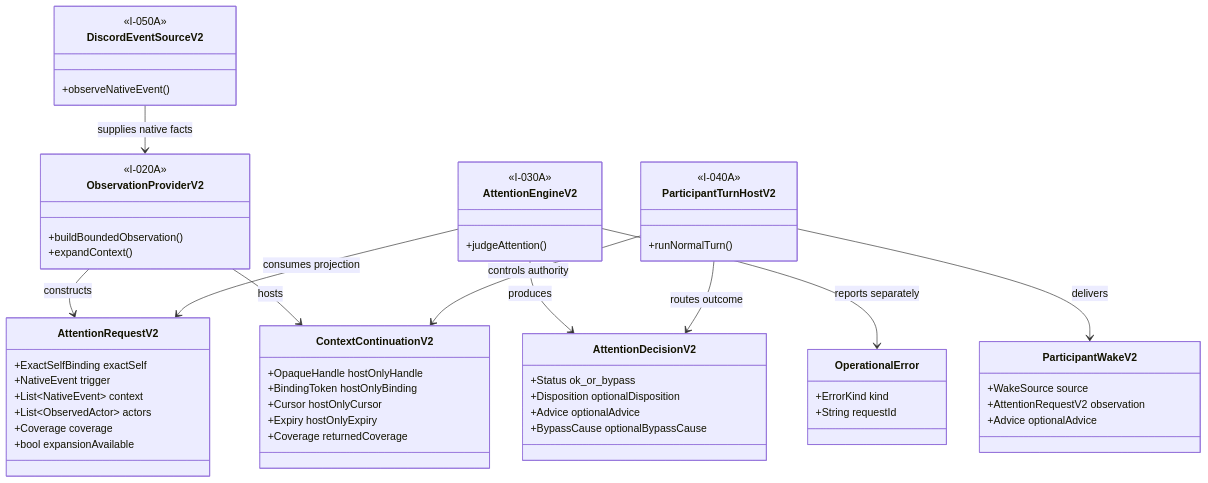
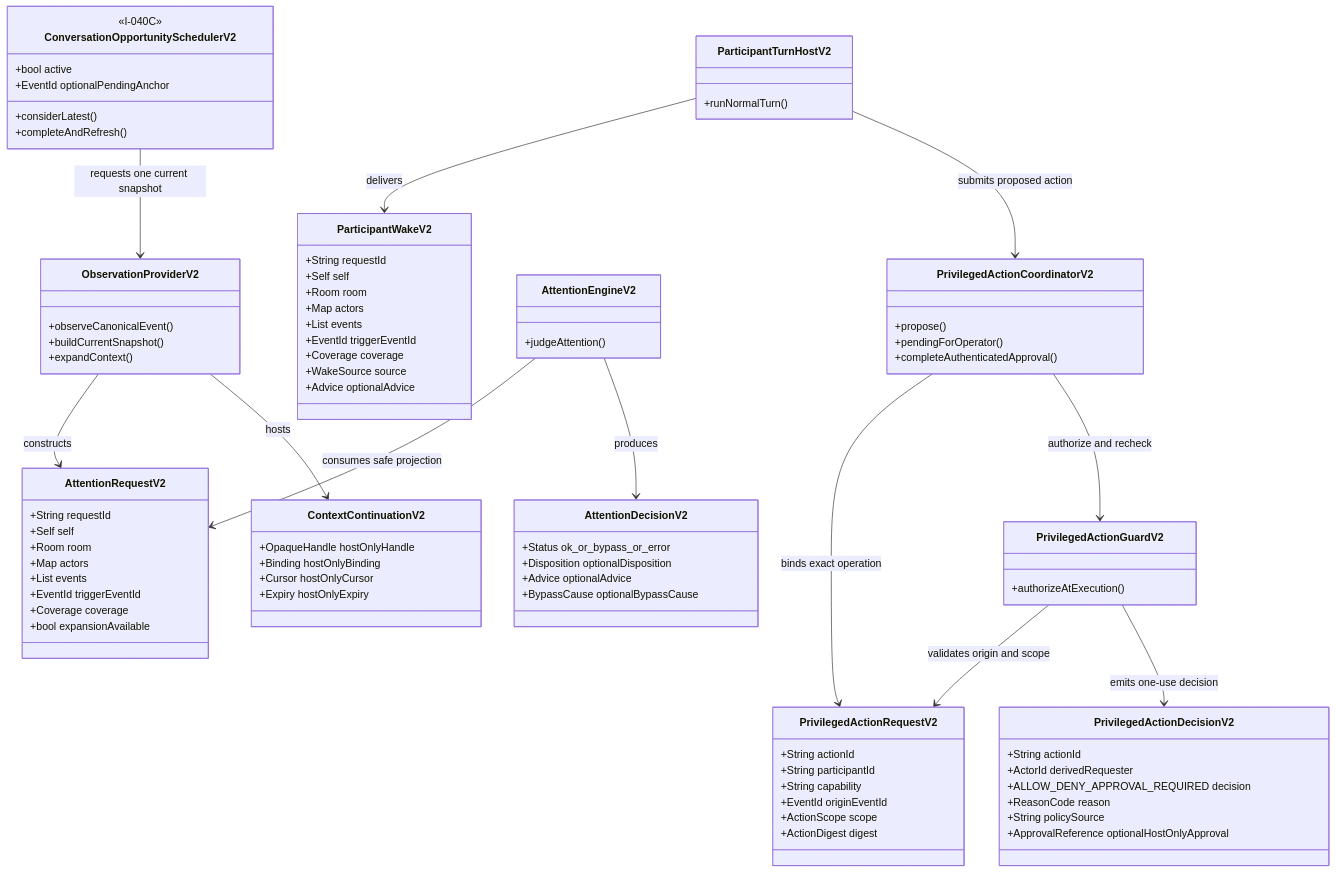
Before and after one commit to mentatzoe/nunchi: the fifth of 8 diagrams in docs/architecture/v2-selected-design.md, drawn with Mermaid. The commit also changed other lines of this file and 32 other files, not shown here.

````diff
--- a/docs/architecture/v2-selected-design.md
+++ b/docs/architecture/v2-selected-design.md
@@ -101,66 +184,90 @@
 classDiagram
     direction TB
     class AttentionRequestV2 {
-        +ExactSelfBinding exactSelf
-        +NativeEvent trigger
-        +List~NativeEvent~ context
-        +List~ObservedActor~ actors
+        +String requestId
+        +Self self
+        +Room room
+        +Map actors
+        +List events
+        +EventId triggerEventId
         +Coverage coverage
         +bool expansionAvailable
     }
-
     class AttentionDecisionV2 {
-        +Status ok_or_bypass
+        +Status ok_or_bypass_or_error
         +Disposition optionalDisposition
         +Advice optionalAdvice
         +BypassCause optionalBypassCause
     }
-
-    class OperationalError {
-        +ErrorKind kind
+    class ParticipantWakeV2 {
         +String requestId
-    }
-
-    class ParticipantWakeV2 {
+        +Self self
+        +Room room
+        +Map actors
+        +List events
+        +EventId triggerEventId
+        +Coverage coverage
         +WakeSource source
-        +AttentionRequestV2 observation
         +Advice optionalAdvice
     }
-
     class ContextContinuationV2 {
         +OpaqueHandle hostOnlyHandle
-        +BindingToken hostOnlyBinding
+        +Binding hostOnlyBinding
         +Cursor hostOnlyCursor
         +Expiry hostOnlyExpiry
-        +Coverage returnedCoverage
     }
-
-    class DiscordEventSourceV2 {
-        <<I-050A>>
-        +observeNativeEvent()
+    class ConversationOpportunitySchedulerV2 {
+        <<I-040C>>
+        +bool active
+        +EventId optionalPendingAnchor
+        +considerLatest()
+        +completeAndRefresh()
+    }
+    class PrivilegedActionRequestV2 {
+        +String actionId
+        +String participantId
+        +String capability
+        +EventId originEventId
+        +ActionScope scope
+        +ActionDigest digest
+    }
+    class PrivilegedActionDecisionV2 {
+        +String actionId
+        +ActorId derivedRequester
+        +ALLOW_DENY_APPROVAL_REQUIRED decision
+        +ReasonCode reason
+        +String policySource
+        +ApprovalReference optionalHostOnlyApproval
     }
     class ObservationProviderV2 {
-        <<I-020A>>
-        +buildBoundedObservation()
+        +observeCanonicalEvent()
+        +buildCurrentSnapshot()
         +expandContext()
     }
     class AttentionEngineV2 {
-        <<I-030A>>
         +judgeAttention()
     }
     class ParticipantTurnHostV2 {
-        <<I-040A>>
         +runNormalTurn()
     }
+    class PrivilegedActionGuardV2 {
+        +authorizeAtExecution()
+    }
+    class PrivilegedActionCoordinatorV2 {
+        +propose()
+        +pendingForOperator()
+        +completeAuthenticatedApproval()
+    }
 
-    DiscordEventSourceV2 --> ObservationProviderV2 : supplies native facts
     ObservationProviderV2 --> AttentionRequestV2 : constructs
     ObservationProviderV2 --> ContextContinuationV2 : hosts
-    AttentionEngineV2 --> AttentionRequestV2 : consumes projection
+    ConversationOpportunitySchedulerV2 --> ObservationProviderV2 : requests one current snapshot
+    AttentionEngineV2 --> AttentionRequestV2 : consumes safe projection
     AttentionEngineV2 --> AttentionDecisionV2 : produces
-    AttentionEngineV2 --> OperationalError : reports separately
-    ParticipantTurnHostV2 --> AttentionDecisionV2 : routes outcome
     ParticipantTurnHostV2 --> ParticipantWakeV2 : delivers
-    ParticipantTurnHostV2 --> ContextContinuationV2 : controls authority
-
+    ParticipantTurnHostV2 --> PrivilegedActionCoordinatorV2 : submits proposed action
+    PrivilegedActionCoordinatorV2 --> PrivilegedActionRequestV2 : binds exact operation
+    PrivilegedActionCoordinatorV2 --> PrivilegedActionGuardV2 : authorize and recheck
+    PrivilegedActionGuardV2 --> PrivilegedActionRequestV2 : validates origin and scope
+    PrivilegedActionGuardV2 --> PrivilegedActionDecisionV2 : emits one-use decision
 ```
````
